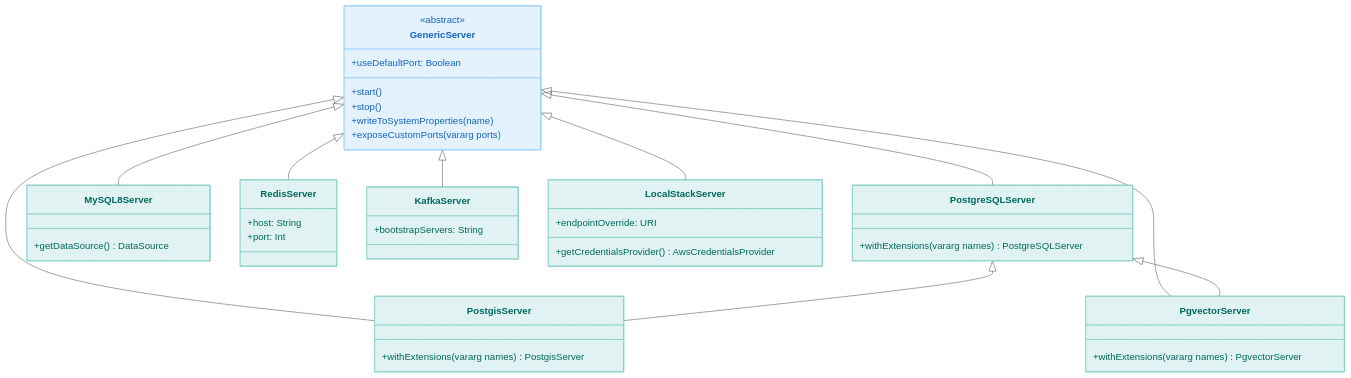
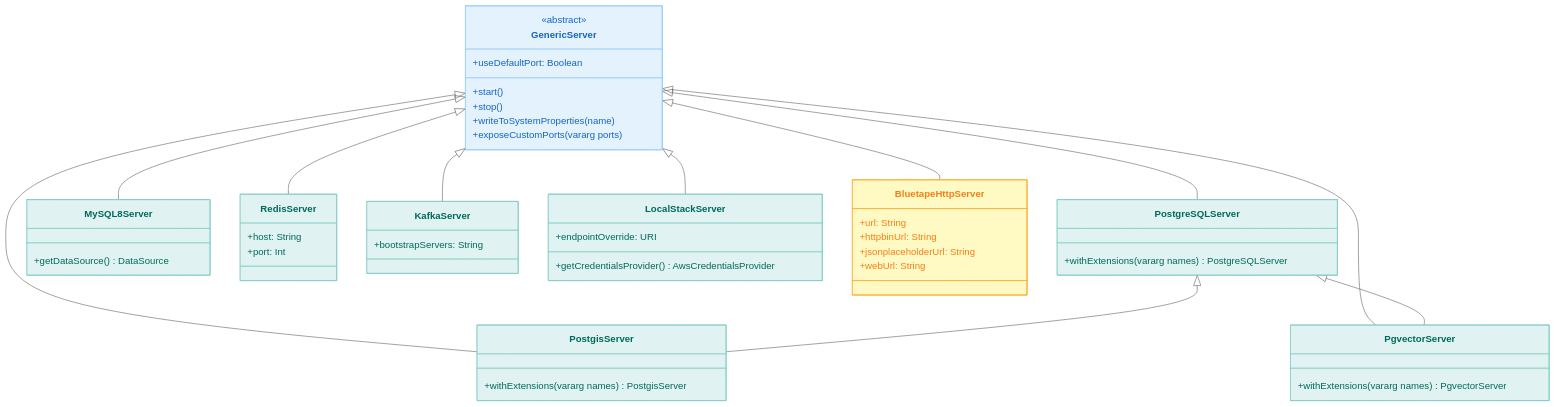
Before and after one commit to bluetape4k/bluetape4k-projects: the second of 4 diagrams in testing/testcontainers/README.md, drawn with Mermaid (neutral theme). The commit also changed other lines of this file and 99 other files, not shown here.

First line of the commit message:
feat: bluetape4k-mock-server 구현 및 BOM 계층 정리

````diff
--- a/testing/testcontainers/README.md
+++ b/testing/testcontainers/README.md
@@ -39,53 +39,61 @@
 ```mermaid
 classDiagram
     class GenericServer {
         <<abstract>>
         +useDefaultPort: Boolean
         +start()
         +stop()
         +writeToSystemProperties(name)
         +exposeCustomPorts(vararg ports)
     }
     class PostgreSQLServer {
         +withExtensions(vararg names) PostgreSQLServer
     }
     class PostgisServer {
         +withExtensions(vararg names) PostgisServer
     }
     class PgvectorServer {
         +withExtensions(vararg names) PgvectorServer
     }
     class MySQL8Server {
         +getDataSource() DataSource
     }
     class RedisServer {
         +host: String
         +port: Int
     }
     class KafkaServer {
         +bootstrapServers: String
     }
     class LocalStackServer {
         +endpointOverride: URI
         +getCredentialsProvider() AwsCredentialsProvider
     }
+    class BluetapeHttpServer {
+        +url: String
+        +httpbinUrl: String
+        +jsonplaceholderUrl: String
+        +webUrl: String
+    }
 
     GenericServer <|-- PostgreSQLServer
     GenericServer <|-- PostgisServer
     GenericServer <|-- PgvectorServer
     GenericServer <|-- MySQL8Server
     GenericServer <|-- RedisServer
     GenericServer <|-- KafkaServer
     GenericServer <|-- LocalStackServer
+    GenericServer <|-- BluetapeHttpServer
     PostgreSQLServer <|-- PostgisServer
     PostgreSQLServer <|-- PgvectorServer
 
     style GenericServer fill:#E3F2FD,stroke:#90CAF9,color:#1565C0
     style PostgreSQLServer fill:#E0F2F1,stroke:#80CBC4,color:#00695C
     style PostgisServer fill:#E0F2F1,stroke:#80CBC4,color:#00695C
     style PgvectorServer fill:#E0F2F1,stroke:#80CBC4,color:#00695C
     style MySQL8Server fill:#E0F2F1,stroke:#80CBC4,color:#00695C
     style RedisServer fill:#E0F2F1,stroke:#80CBC4,color:#00695C
     style KafkaServer fill:#E0F2F1,stroke:#80CBC4,color:#00695C
     style LocalStackServer fill:#E0F2F1,stroke:#80CBC4,color:#00695C
+    style BluetapeHttpServer fill:#FFF9C4,stroke:#F9A825,color:#F57F17
 ```
````
